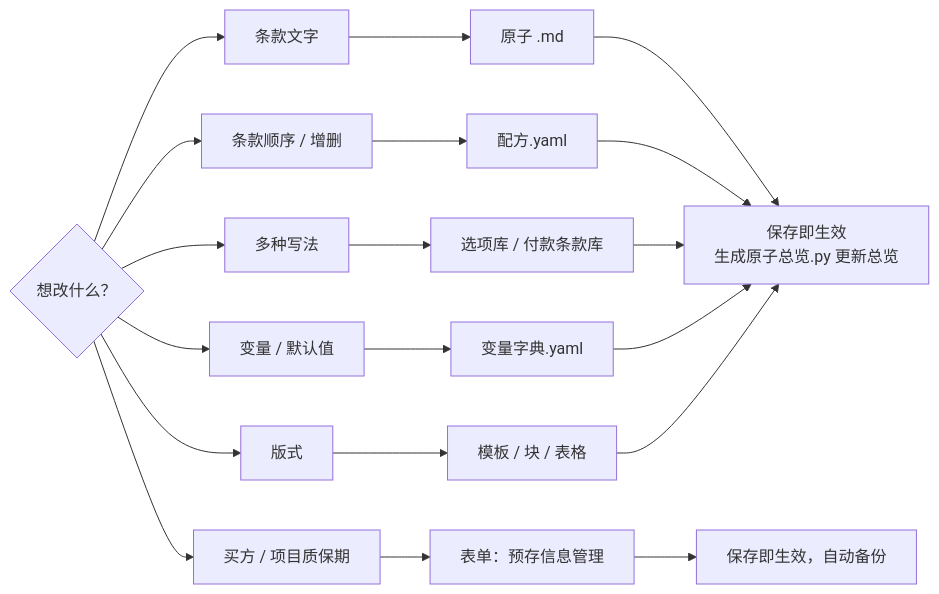
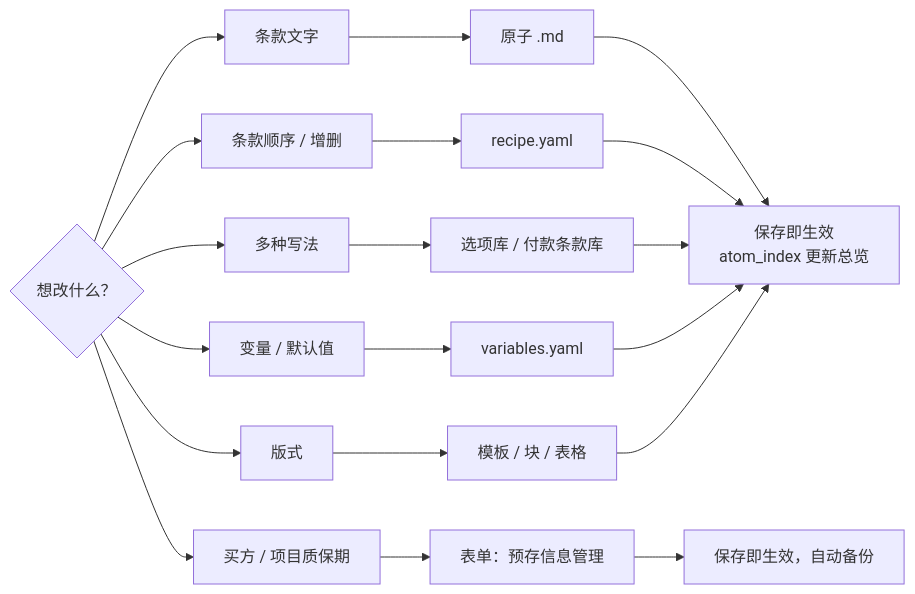
Before and after one commit to GavinGSJ/contract-compose: the fourth of 4 diagrams in README.md, drawn with Mermaid. The commit also changed other lines of this file and 365 other files, not shown here.

````diff
--- a/README.md
+++ b/README.md
@@ -94,12 +94,12 @@
 ```mermaid
 flowchart LR
   Q{"想改什么？"}
   Q --> Q1["条款文字"] --> W1["原子 .md"]
-  Q --> Q2["条款顺序 / 增删"] --> W2["配方.yaml"]
+  Q --> Q2["条款顺序 / 增删"] --> W2["recipe.yaml"]
   Q --> Q3["多种写法"] --> W3["选项库 / 付款条款库"]
-  Q --> Q4["变量 / 默认值"] --> W4["变量字典.yaml"]
+  Q --> Q4["变量 / 默认值"] --> W4["variables.yaml"]
   Q --> Q5["买方 / 项目质保期"] --> W5["表单：预存信息管理"]
   Q --> Q6["版式"] --> W6["模板 / 块 / 表格"]
-  W1 & W2 & W3 & W4 & W6 --> R["保存即生效<br/>生成原子总览.py 更新总览"]
+  W1 & W2 & W3 & W4 & W6 --> R["保存即生效<br/>atom_index 更新总览"]
   W5 --> R2["保存即生效，自动备份"]
 ```
````
